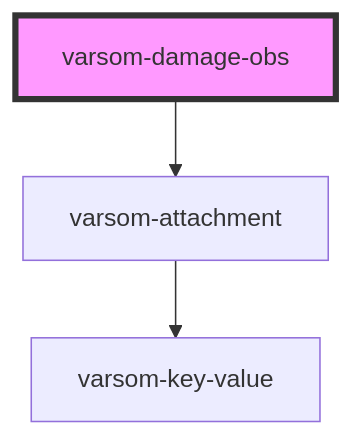
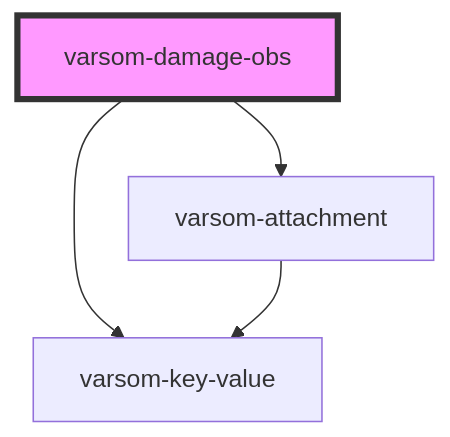
The diagram in observasjonskort/src/components/varsom-damage-obs/readme.md (NVE/varsom-observation), drawn with Mermaid before and after one commit. The commit also changed other lines of this file and 3 other files, not shown here.

````diff
--- a/observasjonskort/src/components/varsom-damage-obs/readme.md
+++ b/observasjonskort/src/components/varsom-damage-obs/readme.md
@@ -29,6 +30,7 @@
 ```mermaid
 graph TD;
+  varsom-damage-obs --> varsom-key-value
   varsom-damage-obs --> varsom-attachment
   varsom-attachment --> varsom-key-value
   style varsom-damage-obs fill:#f9f,stroke:#333,stroke-width:4px
 ```
````
